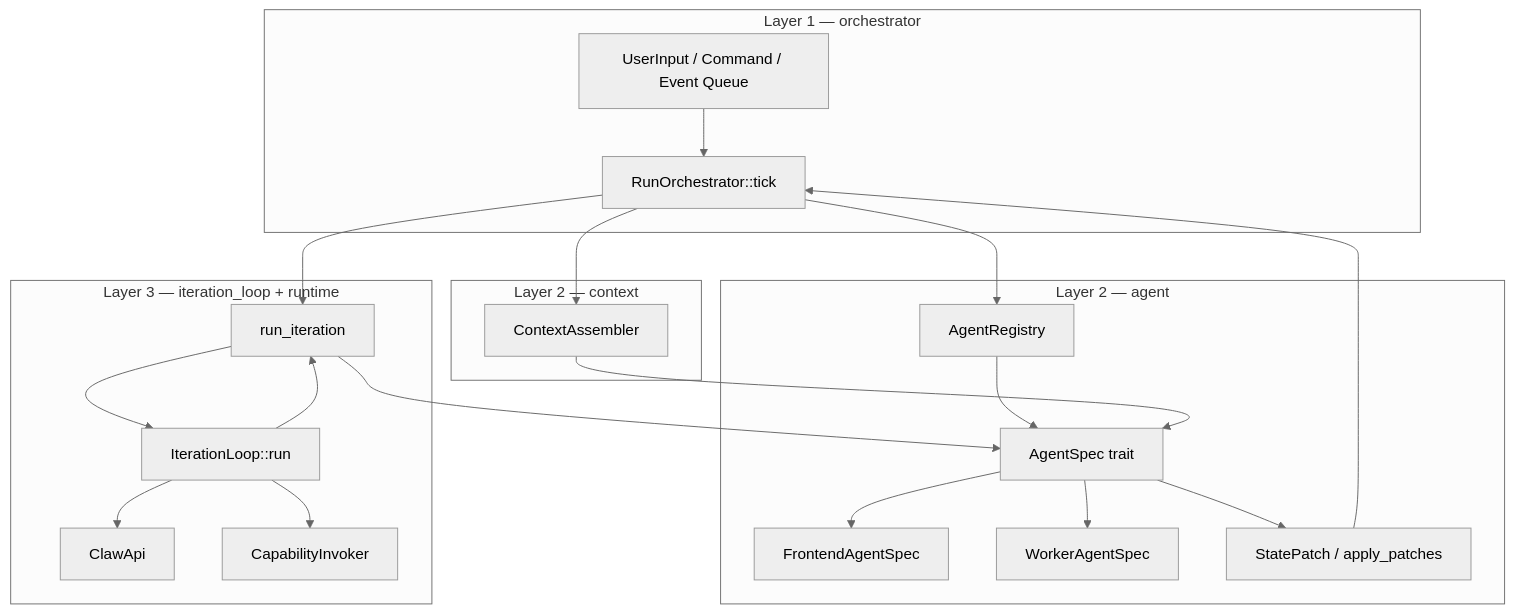
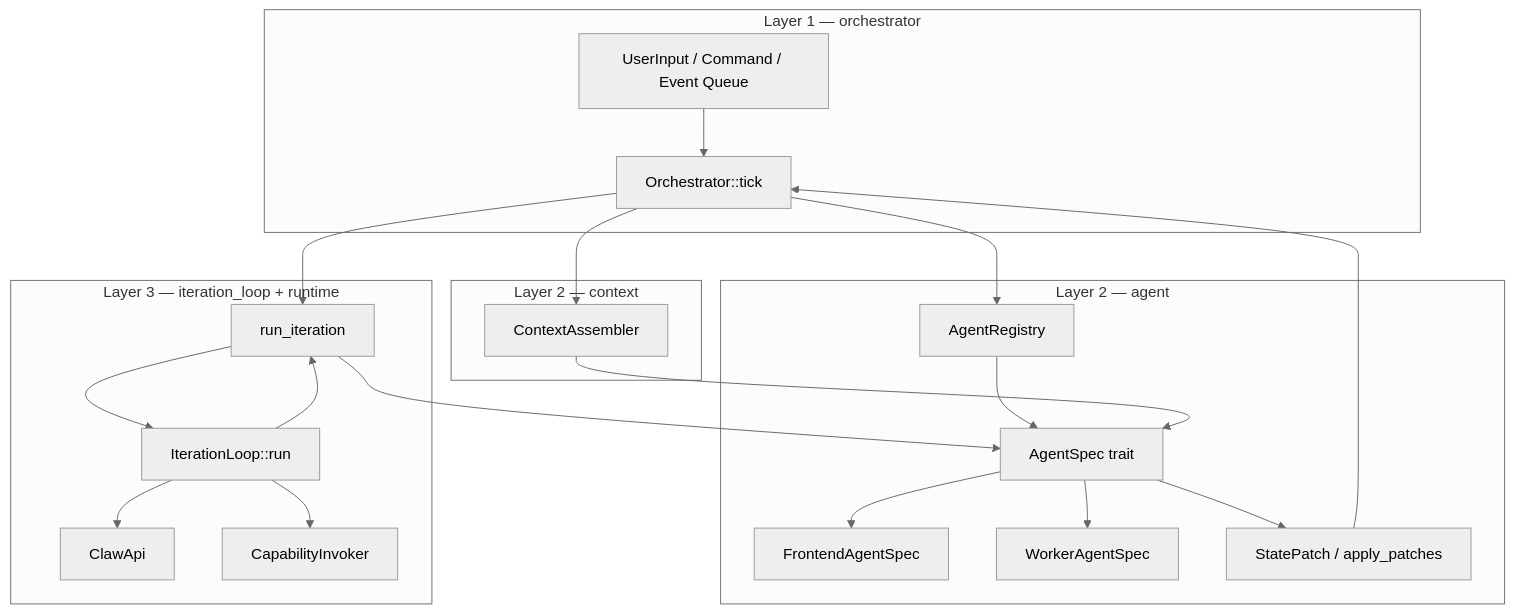
The diagram in components/claw_modules/rust/claw_core/docs/arch.mermaid (Asfixious/esp-claw), drawn with Mermaid (neutral theme) before and after one commit. The commit also changed 77 other files, not shown here.

```diff
--- a/components/claw_modules/rust/claw_core/docs/arch.mermaid
+++ b/components/claw_modules/rust/claw_core/docs/arch.mermaid
@@ -1,36 +1,36 @@
 flowchart TB
       subgraph L1["Layer 1 — orchestrator"]
           Q[UserInput / Command / Event Queue]
-          RO[RunOrchestrator::tick]
+          RO[Orchestrator::tick]
       end
       subgraph L2["Layer 2 — agent"]
           REG[AgentRegistry]
           SPEC[AgentSpec trait]
           FE[FrontendAgentSpec]
           WK[WorkerAgentSpec]
           PATCH[StatePatch / apply_patches]
       end
       subgraph L2b["Layer 2 — context"]
           CTX[ContextAssembler]
       end
       subgraph L3["Layer 3 — iteration_loop + runtime"]
           RT[run_iteration]
           IL[IterationLoop::run]
           LLM[ClawApi]
           CAP[CapabilityInvoker]
       end
       Q --> RO
       RO --> REG
       REG --> SPEC
       SPEC --> FE
       SPEC --> WK
       RO --> CTX
       CTX --> SPEC
       RO --> RT
       RT --> IL
       IL --> LLM
       IL --> CAP
       IL --> RT
       RT --> SPEC
       SPEC --> PATCH
       PATCH --> RO
```
